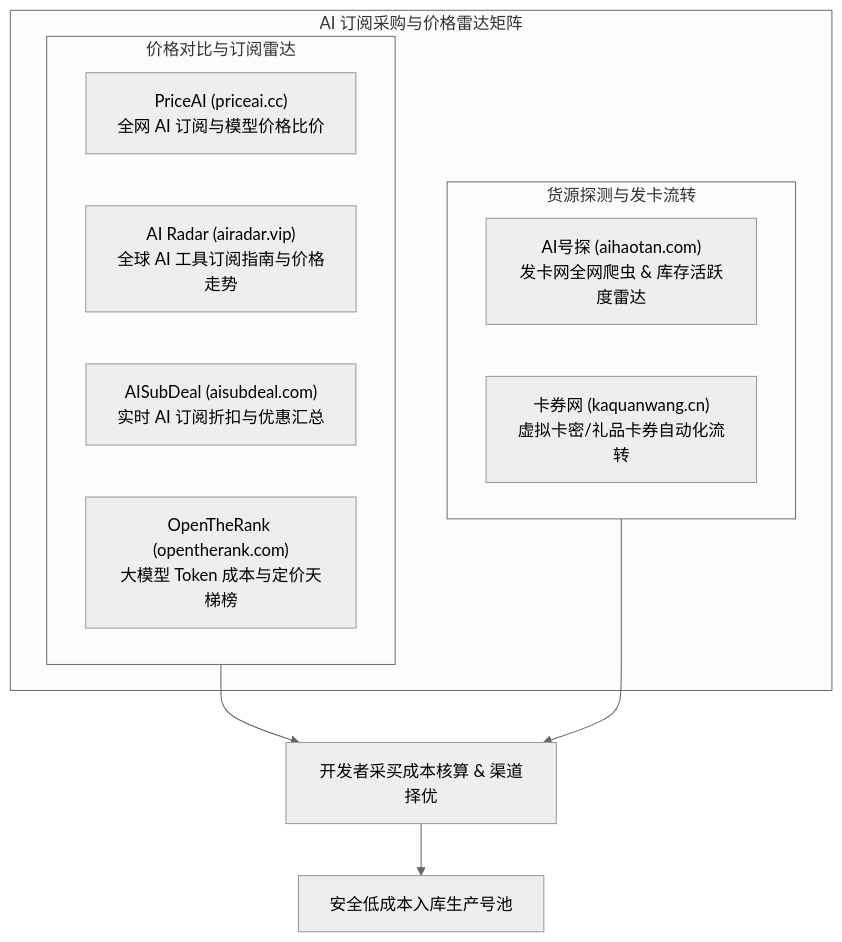
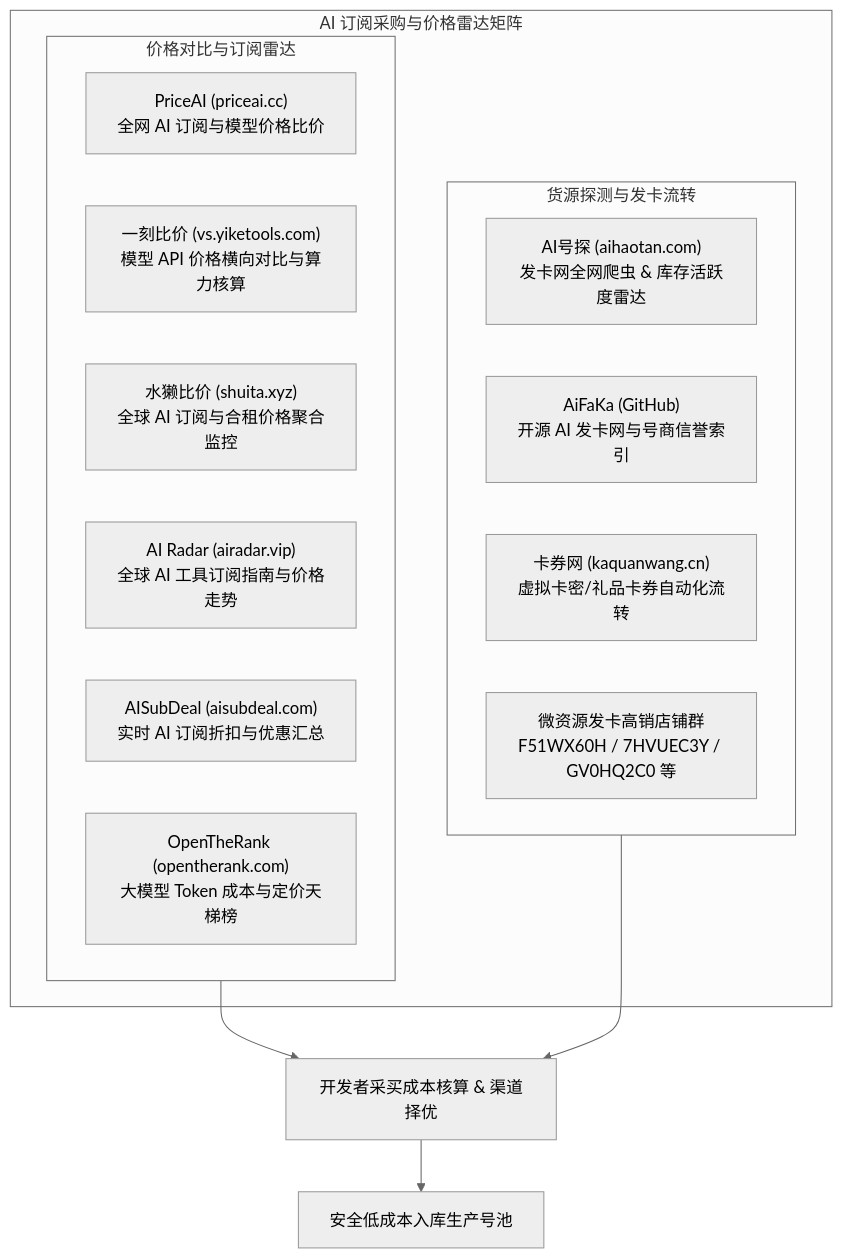
The second of 3 diagrams in docs/source/courses/ai_reverse_proxy_and_account_pool/stage1_terminology_and_ecology/02_account_detector_and_card_market.md (ponyletter/py310sphinx_knowledge), drawn with Mermaid (neutral theme) before and after one commit. The commit also changed other lines of this file, not shown here.

Commit message:
docs: add AI price comparison tools, AiFaKa GitHub index, and high-sales card shops

````diff
--- a/docs/source/courses/ai_reverse_proxy_and_account_pool/stage1_terminology_and_ecology/02_account_detector_and_card_market.md
+++ b/docs/source/courses/ai_reverse_proxy_and_account_pool/stage1_terminology_and_ecology/02_account_detector_and_card_market.md
@@ -28,20 +28,24 @@
 ```{mermaid}
 graph TD
     subgraph RadarEcosystem ["AI 订阅采购与价格雷达矩阵"]
         subgraph PriceTools ["价格对比与订阅雷达"]
             PriceAI["PriceAI (priceai.cc)<br/>全网 AI 订阅与模型价格比价"]
+            YikeTools["一刻比价 (vs.yiketools.com)<br/>模型 API 价格横向对比与算力核算"]
+            ShuiTa["水獭比价 (shuita.xyz)<br/>全球 AI 订阅与合租价格聚合监控"]
             AIRadar["AI Radar (airadar.vip)<br/>全球 AI 工具订阅指南与价格走势"]
             AISubDeal["AISubDeal (aisubdeal.com)<br/>实时 AI 订阅折扣与优惠汇总"]
             OpenTheRank["OpenTheRank (opentherank.com)<br/>大模型 Token 成本与定价天梯榜"]
         end
 
         subgraph StockTools ["货源探测与发卡流转"]
             AIHaoTan["AI号探 (aihaotan.com)<br/>发卡网全网爬虫 & 库存活跃度雷达"]
+            AiFaKa["AiFaKa (GitHub)<br/>开源 AI 发卡网与号商信誉索引"]
             KaQuanWang["卡券网 (kaquanwang.cn)<br/>虚拟卡密/礼品卡券自动化流转"]
+            WzypShops["微资源发卡高销店铺群<br/>F51WX60H / 7HVUEC3Y / GV0HQ2C0 等"]
         end
     end
 
     PriceTools --> Decision["开发者采买成本核算 & 渠道择优"]
     StockTools --> Decision
     Decision --> Delivery["安全低成本入库生产号池"]
 ```
````
